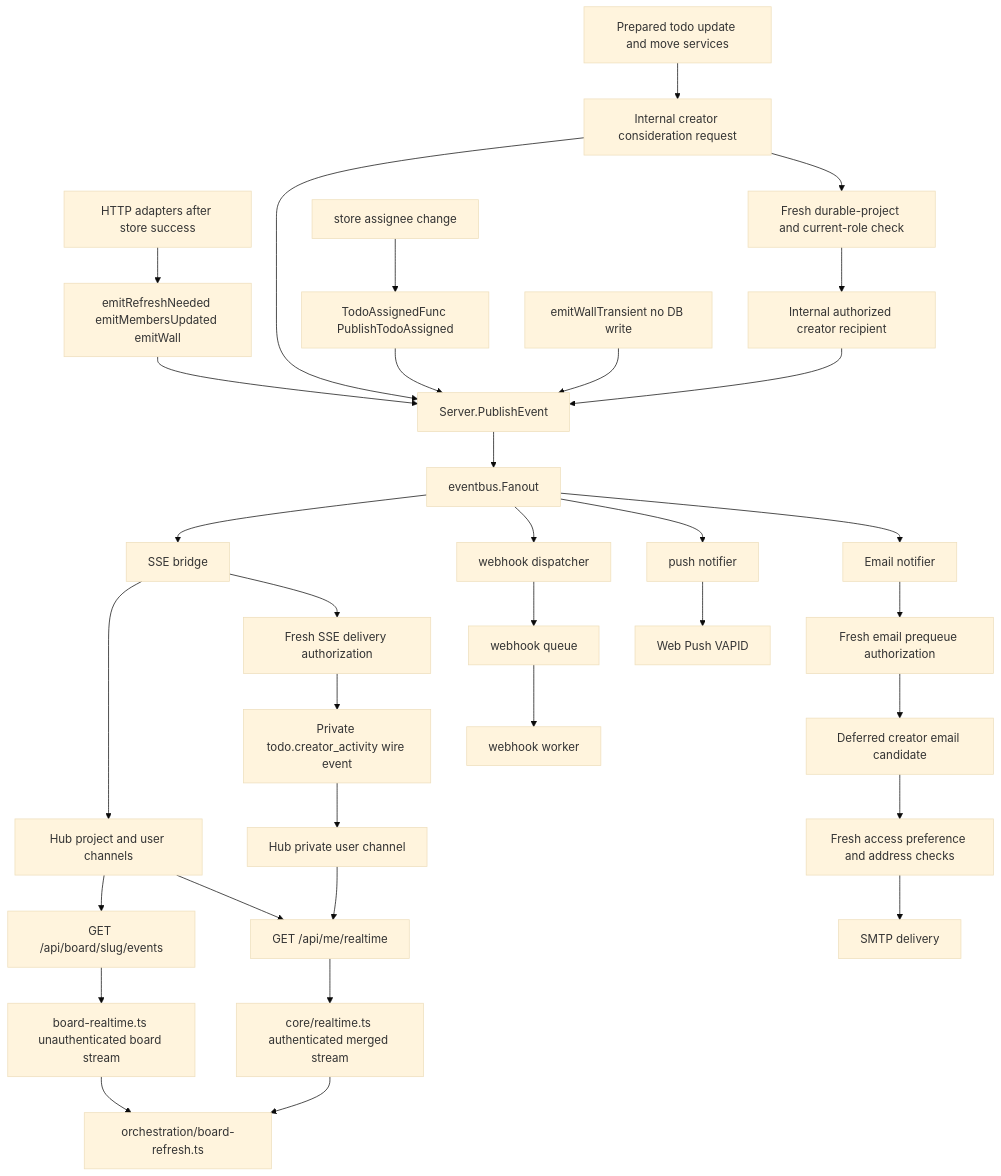
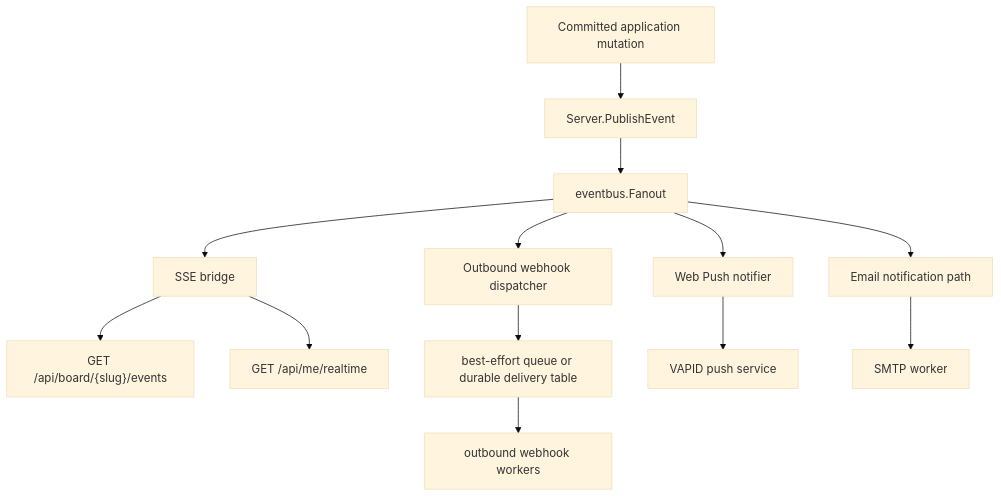
One commit to markrai/scrumboy changed the first of 2 diagrams in docs/diagrams/scrumboy_realtime_events.md. Above: the diagram before and after it, drawn with Mermaid (base theme). The commit also changed other lines of this file and 189 other files, not shown here.

````diff
--- a/docs/diagrams/scrumboy_realtime_events.md
+++ b/docs/diagrams/scrumboy_realtime_events.md
@@ -11,48 +10,23 @@
 ```mermaid
 flowchart TB
-  Handler[HTTP adapters after store success]
-  Prepared[Prepared todo update and move services]
-  CreatorRequest[Internal creator consideration request]
-  CreatorAuth[Fresh durable-project and current-role check]
-  AuthorizedCreator[Internal authorized creator recipient]
-  SSEReauth[Fresh SSE delivery authorization]
-  CreatorWire[Private todo.creator_activity wire event]
-  CreatorMailCandidate[Deferred creator email candidate]
-  EmailPrequeueAuth[Fresh email prequeue authorization]
-  EmailReauth[Fresh access preference and address checks]
-  SMTP[SMTP delivery]
-  Emit["emitRefreshNeeded emitMembersUpdated emitWall"]
+  Mutation[Committed application mutation]
   Pub[Server.PublishEvent]
   Fan[eventbus.Fanout]
+  SSE[SSE bridge]
+  OutWH[Outbound webhook dispatcher]
+  Push[Web Push notifier]
+  Mail[Email notification path]
 
-  Handler --> Emit --> Pub --> Fan
-  Prepared --> CreatorRequest --> Pub
-  CreatorRequest --> CreatorAuth --> AuthorizedCreator --> Pub
+  Mutation --> Pub --> Fan
+  Fan --> SSE
+  Fan --> OutWH
+  Fan --> Push
+  Fan --> Mail
 
-  AssignStore[store assignee change]
-  CB["TodoAssignedFunc PublishTodoAssigned"]
-  AssignStore --> CB --> Pub
-
-  Transient["emitWallTransient no DB write"]
-  Transient --> Pub
-
-  Fan --> Bridge[SSE bridge]
-  Fan --> WHDisp[webhook dispatcher]
-  Fan --> PushN[push notifier]
-
-  Bridge --> Hub[Hub project and user channels]
-  Bridge --> SSEReauth --> CreatorWire --> CreatorUserHub[Hub private user channel]
-  Fan --> EmailN[Email notifier]
-  EmailN --> EmailPrequeueAuth --> CreatorMailCandidate --> EmailReauth --> SMTP
-  Hub --> BoardSSE["GET /api/board/slug/events"]
-  Hub --> UserSSE["GET /api/me/realtime"]
-  CreatorUserHub --> UserSSE
-  BoardSSE --> BoardClient[board-realtime.ts unauthenticated board stream]
-  UserSSE --> LoggedClient[core/realtime.ts authenticated merged stream]
-  BoardClient --> Refresh[orchestration/board-refresh.ts]
-  LoggedClient --> Refresh
-
-  WHDisp --> Queue[webhook queue]
-  Queue --> Worker[webhook worker]
-  PushN --> VAPID[Web Push VAPID]
+  SSE --> ProjectSSE["GET /api/board/{slug}/events"]
+  SSE --> UserSSE["GET /api/me/realtime"]
+  OutWH --> Queue[best-effort queue or durable delivery table]
+  Queue --> Worker[outbound webhook workers]
+  Push --> VAPID[VAPID push service]
+  Mail --> SMTP[SMTP worker]
 ```
````
